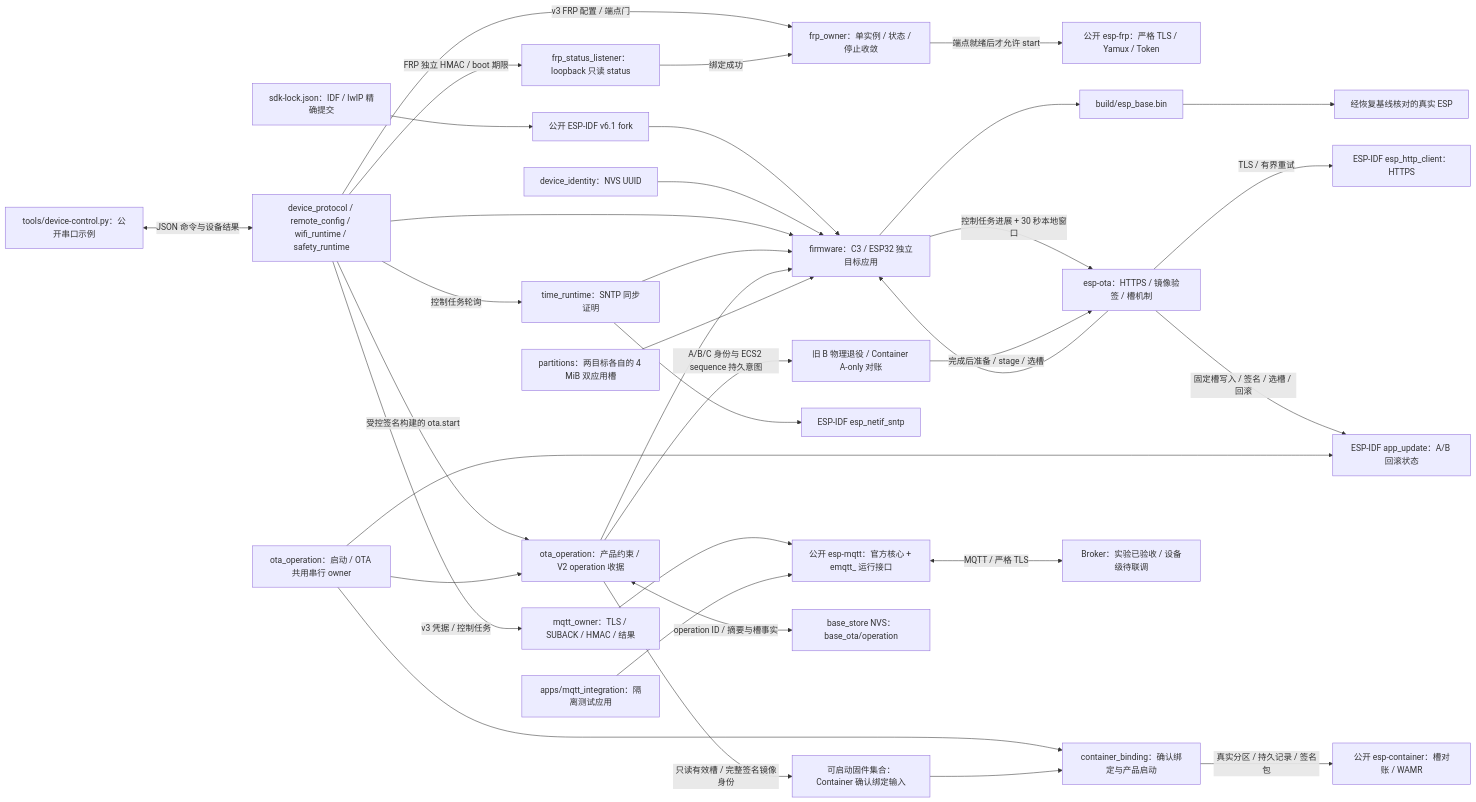
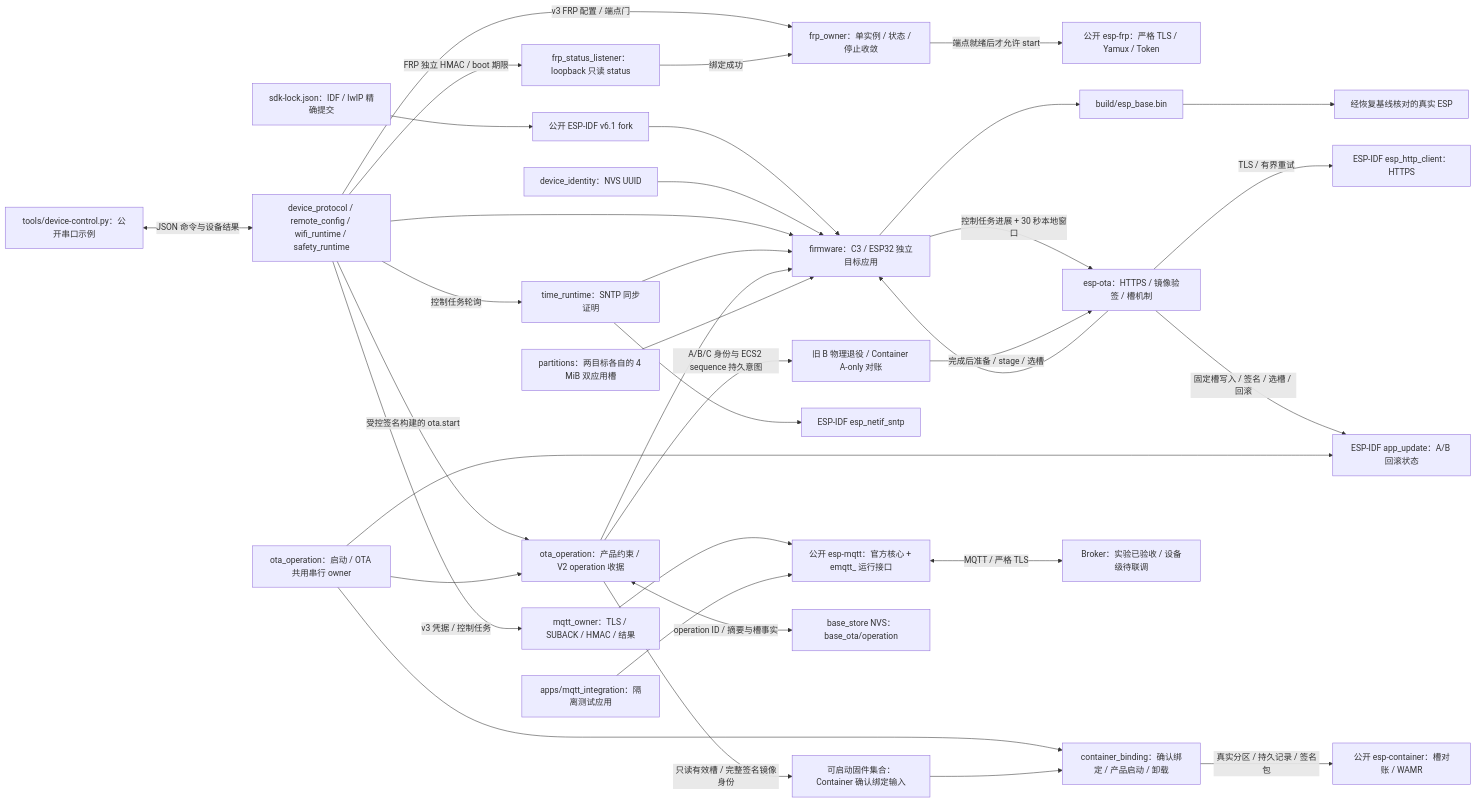
The diagram in README.md (darren-you/esp-base), drawn with Mermaid before and after one commit. The commit also changed other lines of this file and 14 other files, not shown here.

````diff
--- a/README.md
+++ b/README.md
@@ -9,37 +11,37 @@
 ```mermaid
 flowchart LR
     sdk_lock["sdk-lock.json：IDF / lwIP 精确提交"] --> sdk["公开 ESP-IDF v6.1 fork"]
     sdk --> firmware["firmware：C3 / ESP32 独立目标应用"]
     identity["device_identity：NVS UUID"] --> firmware
     state["device_protocol / remote_config / wifi_runtime / safety_runtime"] --> firmware
     state -->|"v3 凭据 / 控制任务"| mqtt_owner["mqtt_owner：TLS / SUBACK / HMAC / 结果"]
     mqtt_owner --> mqtt
     state -->|"v3 FRP 配置 / 端点门"| frp_owner["frp_owner：单实例 / 状态 / 停止收敛"]
     state -->|"FRP 独立 HMAC / boot 期限"| frp_status["frp_status_listener：loopback 只读 status"]
     frp_status -->|"绑定成功"| frp_owner
     frp_owner -->|"端点就绪后才允许 start"| frp["公开 esp-frp：严格 TLS / Yamux / Token"]
     time["time_runtime：SNTP 同步证明"] --> firmware
     state -->|"控制任务轮询"| time
     time --> idf_time["ESP-IDF esp_netif_sntp"]
     ota["esp-ota：HTTPS / 镜像验签 / 槽机制"] --> firmware
     receipt["ota_operation：产品约束 / V2 operation 收据"] --> firmware
     receipt -->|"只读有效槽 / 完整签名镜像身份"| image_set["可启动固件集合：Container 确认绑定输入"]
     firmware -->|"控制任务进展 + 30 秒本地窗口"| ota
     state -->|"受控签名构建的 ota.start"| receipt
     receipt -->|"A/B/C 身份与 ECS2 sequence 持久意图"| retire["旧 B 物理退役 / Container A-only 对账"]
     retire -->|"完成后准备 / stage / 选槽"| ota
     ota -->|"TLS / 有界重试"| https["ESP-IDF esp_http_client：HTTPS"]
     ota -->|"固定槽写入 / 签名 / 选槽 / 回滚"| slot["ESP-IDF app_update：A/B 回滚状态"]
     receipt <-->|"operation ID / 摘要与槽事实"| nvs["base_store NVS：base_ota/operation"]
     owner["ota_operation：启动 / OTA 共用串行 owner"] --> receipt
     owner --> slot
-    binding["container_binding：确认绑定与产品启动"] -->|"真实分区 / 持久记录 / 签名包"| container["公开 esp-container：槽对账 / WAMR"]
+    binding["container_binding：确认绑定 / 产品启动 / 卸载"] -->|"真实分区 / 持久记录 / 签名包"| container["公开 esp-container：槽对账 / WAMR"]
     owner --> binding
     image_set --> binding
     layout["partitions：两目标各自的 4 MiB 双应用槽"] --> firmware
     host["tools/device-control.py：公开串口示例"] <-->|"JSON 命令与设备结果"| state
     firmware --> image["build/esp_base.bin"]
     lab["apps/mqtt_integration：隔离测试应用"] --> mqtt["公开 esp-mqtt：官方核心 + emqtt_ 运行接口"]
     mqtt <-->|"MQTT / 严格 TLS"| broker["Broker：实验已验收 / 设备级待联调"]
     image --> board["经恢复基线核对的真实 ESP"]
 ```
````
